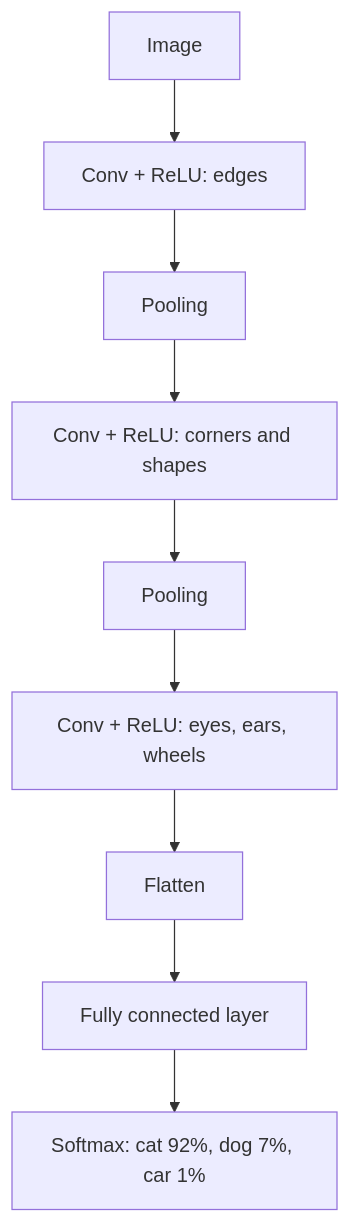
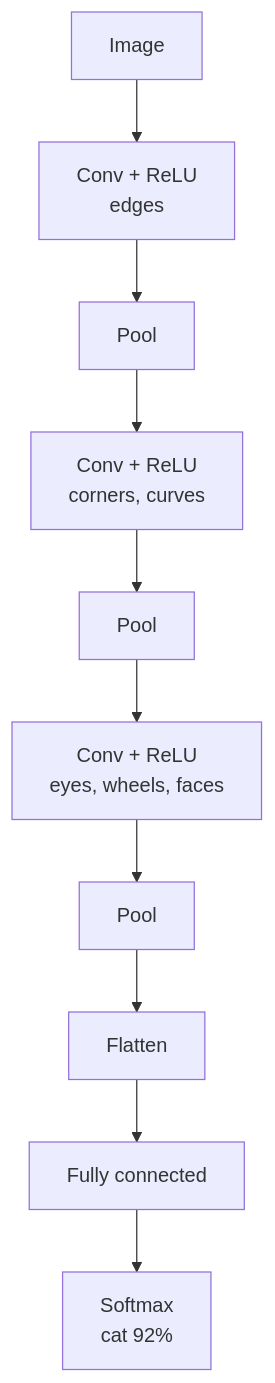
The first of 2 diagrams in notes/step-02-deep-learning-and-neural-networks/040-convolutional-neural-network-cnn.md (kaisarnajar/outcome-school-blogs), drawn with Mermaid before and after one commit. The commit also changed other lines of this file and 233 other files, not shown here.

````diff
--- a/notes/step-02-deep-learning-and-neural-networks/040-convolutional-neural-network-cnn.md
+++ b/notes/step-02-deep-learning-and-neural-networks/040-convolutional-neural-network-cnn.md
@@ -55,11 +86,7 @@
 ```mermaid
 flowchart TD
-    A["Image"] --> B["Conv + ReLU: edges"]
-    B --> C["Pooling"]
-    C --> D["Conv + ReLU: corners and shapes"]
-    D --> E["Pooling"]
-    E --> F["Conv + ReLU: eyes, ears, wheels"]
-    F --> G["Flatten"]
-    G --> H["Fully connected layer"]
-    H --> I["Softmax: cat 92%, dog 7%, car 1%"]
+    I["Image"] --> C1["Conv + ReLU<br/>edges"] --> P1["Pool"]
+    P1 --> C2["Conv + ReLU<br/>corners, curves"] --> P2["Pool"]
+    P2 --> C3["Conv + ReLU<br/>eyes, wheels, faces"] --> P3["Pool"]
+    P3 --> F["Flatten"] --> FC["Fully connected"] --> S["Softmax<br/>cat 92%"]
 ```
````
